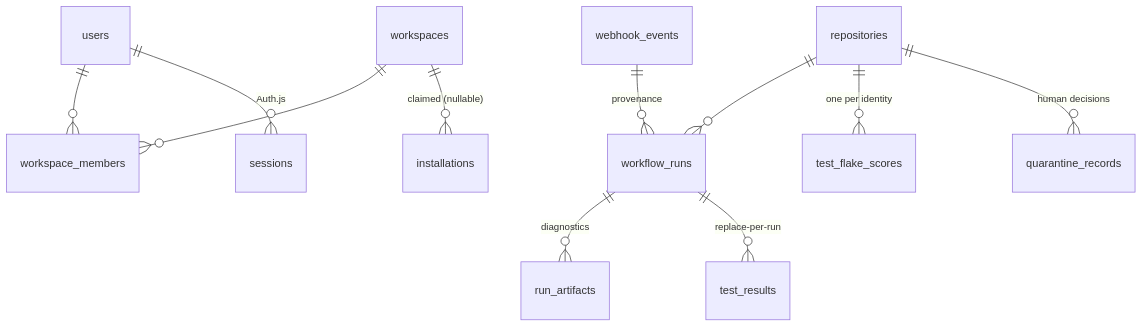
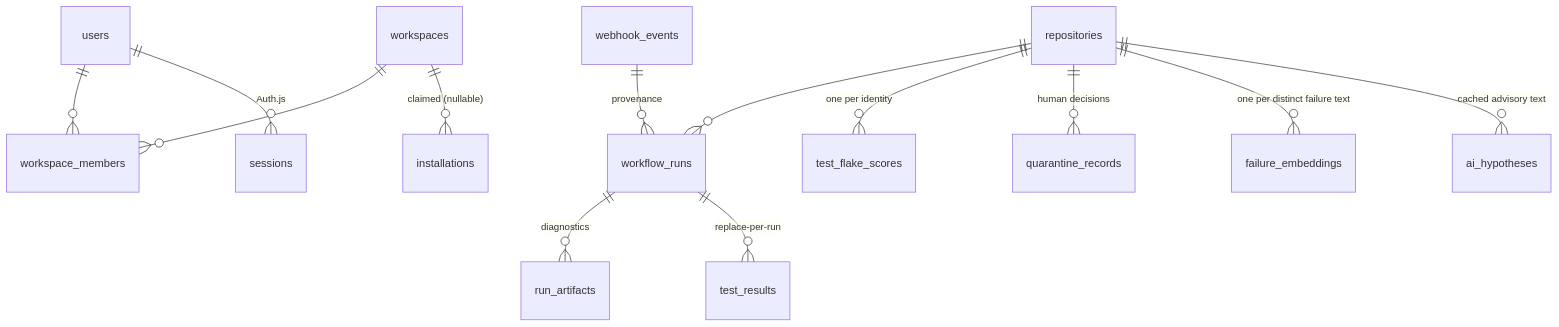
The third of 3 diagrams in docs/architecture/system-overview.md (annacrisstina/devflow), drawn with Mermaid before and after one commit. The commit also changed other lines of this file and 7 other files, not shown here.

Commit message:
docs(docs): update project memory, dev log and architecture docs

````diff
--- a/docs/architecture/system-overview.md
+++ b/docs/architecture/system-overview.md
@@ -55,13 +57,15 @@
 ```mermaid
 erDiagram
     users ||--o{ workspace_members : ""
     workspaces ||--o{ workspace_members : ""
     workspaces ||--o{ installations : "claimed (nullable)"
     users ||--o{ sessions : "Auth.js"
     webhook_events ||--o{ workflow_runs : "provenance"
     repositories ||--o{ workflow_runs : ""
     workflow_runs ||--o{ run_artifacts : "diagnostics"
     workflow_runs ||--o{ test_results : "replace-per-run"
     repositories ||--o{ test_flake_scores : "one per identity"
     repositories ||--o{ quarantine_records : "human decisions"
+    repositories ||--o{ failure_embeddings : "one per distinct failure text"
+    repositories ||--o{ ai_hypotheses : "cached advisory text"
 ```
````
